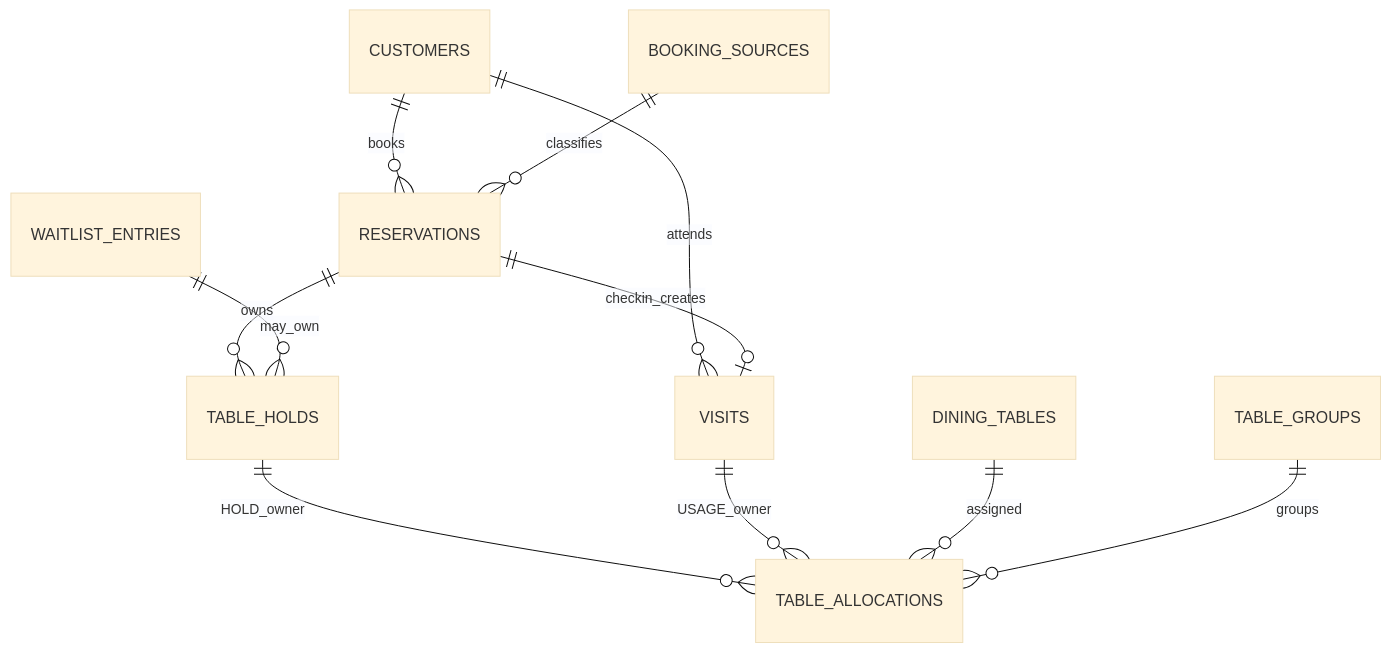
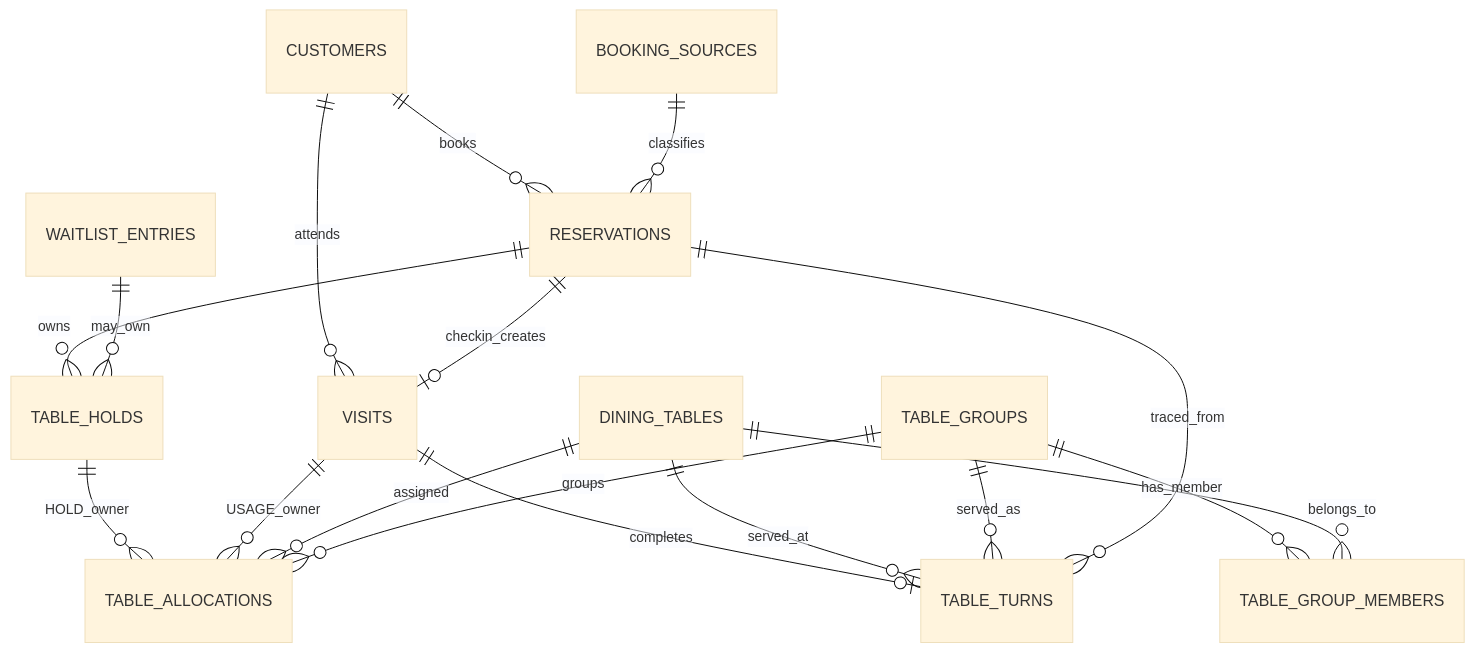
The second of 3 diagrams in docs/21GAM_PROJECT_CONTEXT.md (Tusie69/Bar_management), drawn with Mermaid (base theme) before and after one commit. The commit also changed other lines of this file and 18 other files, not shown here.

````diff
--- a/docs/21GAM_PROJECT_CONTEXT.md
+++ b/docs/21GAM_PROJECT_CONTEXT.md
@@ -218,13 +218,19 @@
 ```mermaid
 erDiagram
     CUSTOMERS ||--o{ RESERVATIONS : books
     CUSTOMERS ||--o{ VISITS : attends
     BOOKING_SOURCES ||--o{ RESERVATIONS : classifies
     RESERVATIONS ||--o| VISITS : checkin_creates
     RESERVATIONS ||--o{ TABLE_HOLDS : owns
     WAITLIST_ENTRIES ||--o{ TABLE_HOLDS : may_own
     TABLE_HOLDS ||--o{ TABLE_ALLOCATIONS : HOLD_owner
     VISITS ||--o{ TABLE_ALLOCATIONS : USAGE_owner
     DINING_TABLES ||--o{ TABLE_ALLOCATIONS : assigned
     TABLE_GROUPS ||--o{ TABLE_ALLOCATIONS : groups
+    TABLE_GROUPS ||--o{ TABLE_GROUP_MEMBERS : has_member
+    DINING_TABLES ||--o{ TABLE_GROUP_MEMBERS : belongs_to
+    VISITS ||--o| TABLE_TURNS : completes
+    DINING_TABLES ||--o{ TABLE_TURNS : served_at
+    TABLE_GROUPS ||--o{ TABLE_TURNS : served_as
+    RESERVATIONS ||--o{ TABLE_TURNS : traced_from
 ```
````
